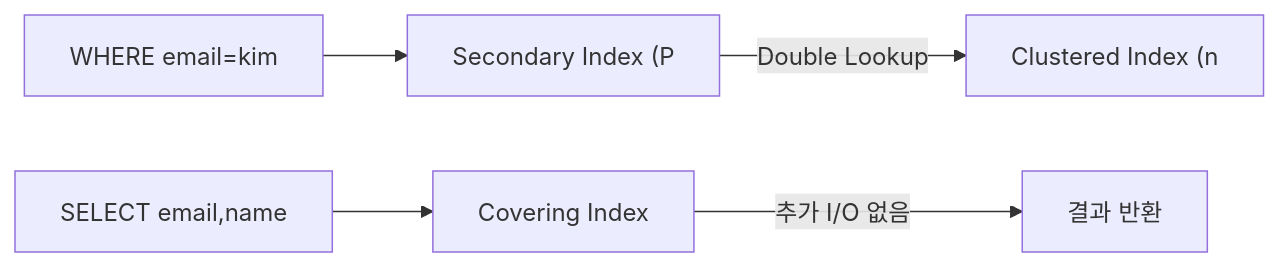
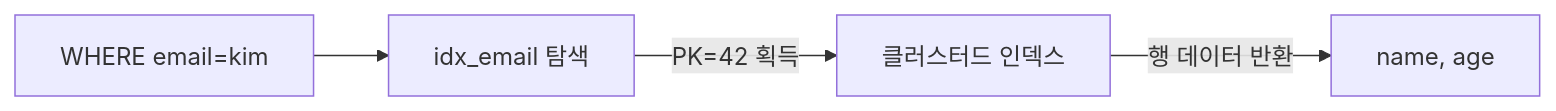
One commit to yjkim2015/yjkim2015.github.io changed the third of 4 diagrams in _posts/db/2026-05-01-db-index.md. Above: the diagram before and after it, drawn with Mermaid. The commit also changed other lines of this file and 4 other files, not shown here.

````diff
--- a/_posts/db/2026-05-01-db-index.md
+++ b/_posts/db/2026-05-01-db-index.md
@@ -98,7 +183,6 @@
 ```mermaid
 graph LR
-    Q["WHERE email=kim"] --> SI["Secondary Index (P"]
-    SI -->|"Double Lookup"| CI["Clustered Index (n"]
-    Q2["SELECT email,name"] --> SI2["Covering Index"]
-    SI2 -->|"추가 I/O 없음"| R["결과 반환"]
+    Q["WHERE email=kim"] --> SI["idx_email 탐색"]
+    SI -->|"PK=42 획득"| CI["클러스터드 인덱스"]
+    CI -->|"행 데이터 반환"| R["name, age"]
 ```
````
